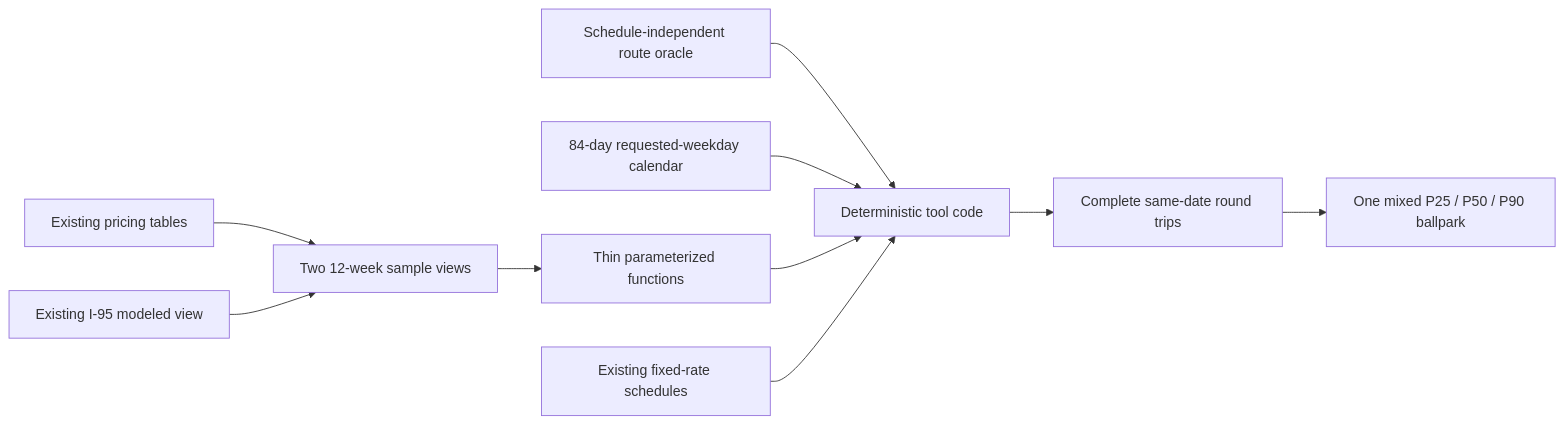
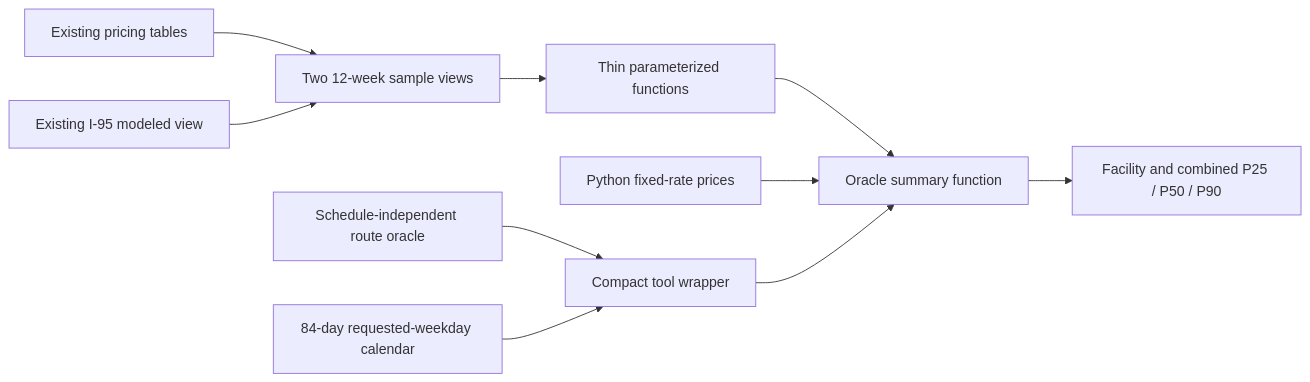
Before and after one commit to rhprasad0/nova-toll-budget-agent: the diagram in v2/docs/annual-toll-ballpark-database-design.md, drawn with Mermaid. The commit also changed other lines of this file and 14 other files, not shown here.

Commit message:
refactor(v2): simplify annual toll ballpark tool

````diff
--- a/v2/docs/annual-toll-ballpark-database-design.md
+++ b/v2/docs/annual-toll-ballpark-database-design.md
@@ -71,12 +72,12 @@
 ```mermaid
 flowchart LR
     RAW[Existing pricing tables] --> VIEWS[Two 12-week sample views]
     MODELED[Existing I-95 modeled view] --> VIEWS
-    ROUTE[Schedule-independent route oracle] --> TOOL[Deterministic tool code]
+    ROUTE[Schedule-independent route oracle] --> TOOL[Compact tool wrapper]
     CALENDAR[84-day requested-weekday calendar] --> TOOL
     VIEWS --> FUNCS[Thin parameterized functions]
-    FUNCS --> TOOL
-    FIXED[Existing fixed-rate schedules] --> TOOL
-    TOOL --> DAYS[Complete same-date round trips]
-    DAYS --> RESULT[One mixed P25 / P50 / P90 ballpark]
+    FUNCS --> AGG[Oracle summary function]
+    FIXED[Python fixed-rate prices] --> AGG
+    TOOL --> AGG
+    AGG --> RESULT[Facility and combined P25 / P50 / P90]
 ```
````
